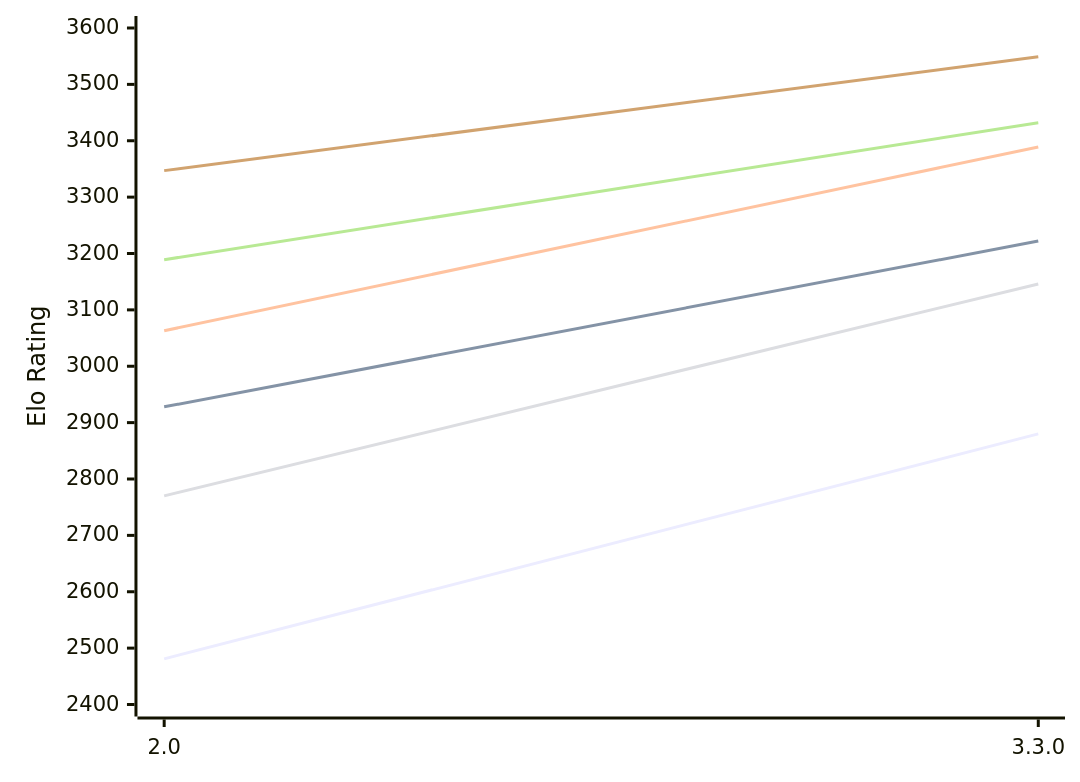
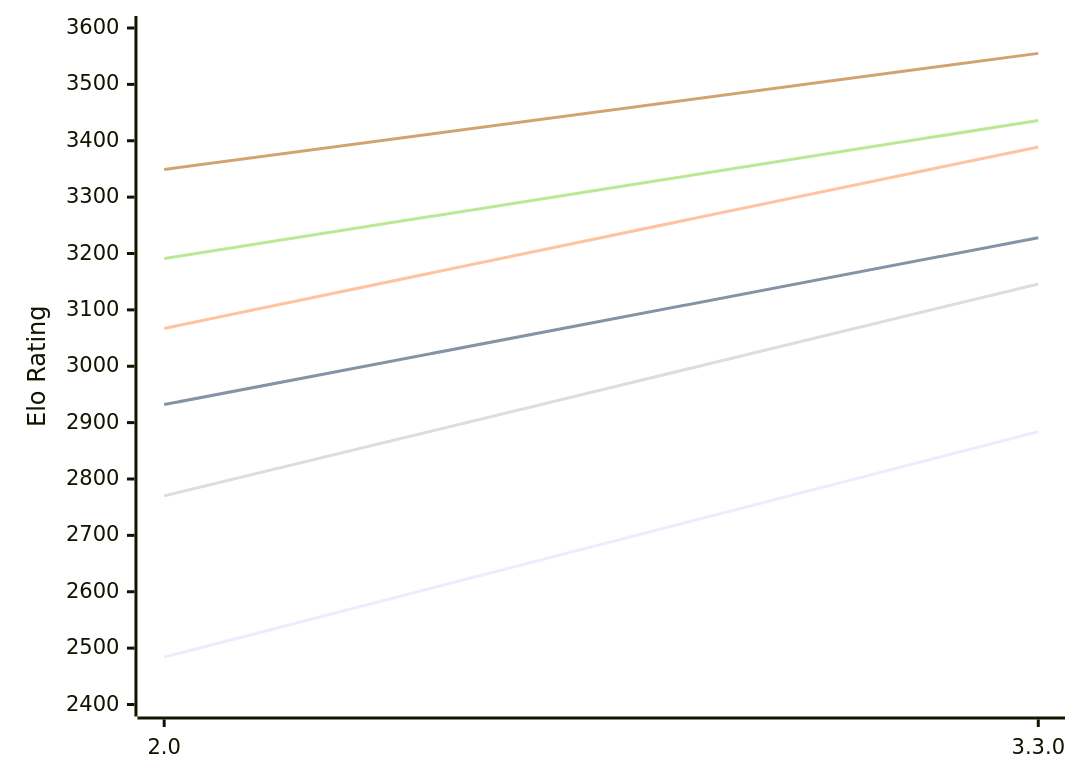
The diagram in engines/Ravager.md (computer-chess-index/cci), drawn with Mermaid before and after one commit. The commit also changed other lines of this file, not shown here.

Commit message:
Update CCI Ratings (ELO VLTC) - 2026-10-17

````diff
--- a/engines/Ravager.md
+++ b/engines/Ravager.md
@@ -49,12 +49,12 @@
 ```mermaid
 %%{init: {"theme":"base","themeVariables":{"seriesColors:['#a3a3a3','#222221','#faa371']}}}%%
 xychart-beta
   x-axis ["2.0", "3.3.0"]
   y-axis "Elo Rating" 2400 --> 3600
-  line "E1: STC (8.0+0.08s)" [2481, 2880]
-  line "E1: LTC (60.0+0.60s)" [2928, 3222]
-  line "E1: VLTC (2m24s+1.12s)" [3063, 3389]
+  line "E1: STC (8.0+0.08s)" [2484, 2884]
+  line "E1: LTC (60.0+0.60s)" [2932, 3228]
+  line "E1: VLTC (2m24s+1.12s)" [3067, 3389]
   line "P1: STC (8.0+0.08s)" [2770, 3146]
-  line "P1: LTC (60.0+0.60s)" [3189, 3432]
-  line "P1: VLTC (2m24s+1.12s)" [3347, 3549]
+  line "P1: LTC (60.0+0.60s)" [3191, 3436]
+  line "P1: VLTC (2m24s+1.12s)" [3349, 3555]
 ```
````
